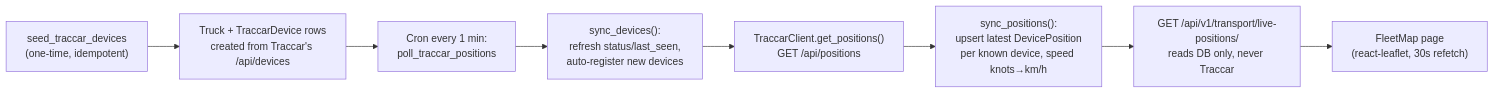
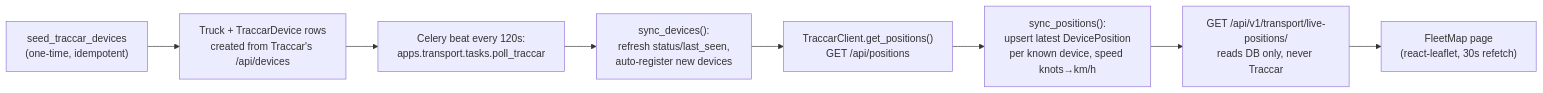
One commit to Jasurbek99/yigit_platform changed the diagram in docs/obsidian/processes/fleet-map.md. Above: the diagram before and after it, drawn with Mermaid. The commit also changed other lines of this file and 2 other files, not shown here.

First line of the commit message:
fix(transport): overlap-guard Celery time limits + fleet-map docs/changelog sync

````diff
--- a/docs/obsidian/processes/fleet-map.md
+++ b/docs/obsidian/processes/fleet-map.md
@@ -27,10 +28,10 @@
 ```mermaid
 flowchart LR
     A["seed_traccar_devices<br/>(one-time, idempotent)"] --> B["Truck + TraccarDevice rows<br/>created from Traccar's /api/devices"]
-    B --> C["Cron every 1 min:<br/>poll_traccar_positions"]
+    B --> C["Celery beat every 120s:<br/>apps.transport.tasks.poll_traccar"]
     C --> D1["sync_devices():<br/>refresh status/last_seen,<br/>auto-register new devices"]
     D1 --> D["TraccarClient.get_positions()<br/>GET /api/positions"]
     D --> E["sync_positions():<br/>upsert latest DevicePosition<br/>per known device, speed knots→km/h"]
     E --> F["GET /api/v1/transport/live-positions/<br/>reads DB only, never Traccar"]
     F --> G["FleetMap page<br/>(react-leaflet, 30s refetch)"]
 ```
````
